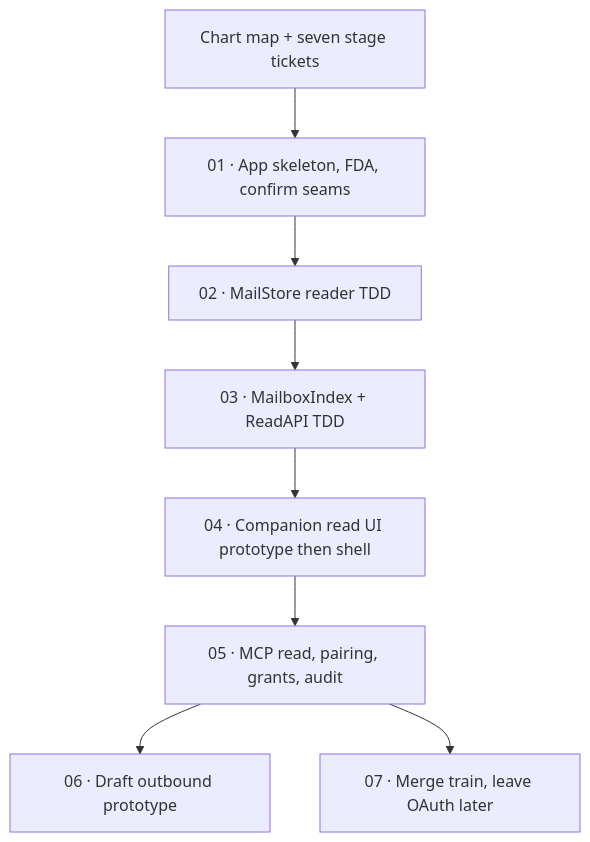
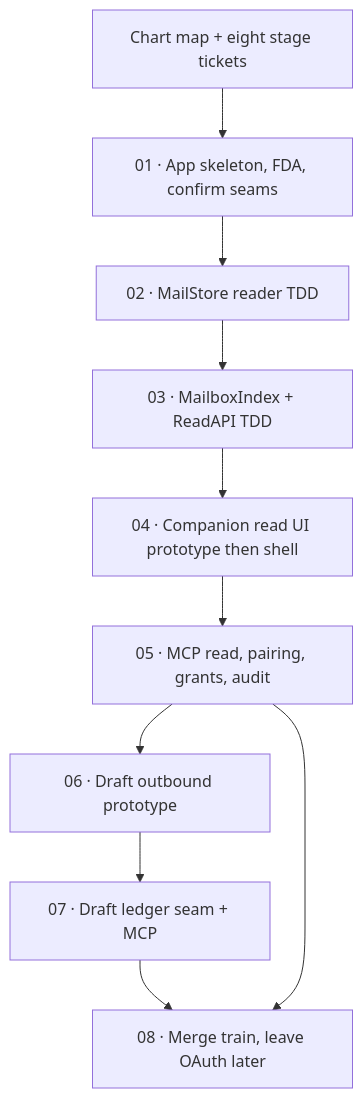
Before and after one commit to marotron/MailGent: the diagram in .scratch/mailgent-local-read-impl/map.md, drawn with Mermaid. The commit also changed other lines of this file and 11 other files, not shown here.

Commit message:
feat: add DraftLedger and MCP draft tools for local-read ticket 07

````diff
--- a/.scratch/mailgent-local-read-impl/map.md
+++ b/.scratch/mailgent-local-read-impl/map.md
@@ -56,18 +61,21 @@
 ```mermaid
 flowchart TD
-  chart["Chart map + seven stage tickets"]
+  chart["Chart map + eight stage tickets"]
   skeleton["01 · App skeleton, FDA, confirm seams"]
   store["02 · MailStore reader TDD"]
   index["03 · MailboxIndex + ReadAPI TDD"]
   ui["04 · Companion read UI prototype then shell"]
   mcp["05 · MCP read, pairing, grants, audit"]
   drafts["06 · Draft outbound prototype"]
-  merge["07 · Merge train, leave OAuth later"]
+  ledger["07 · Draft ledger seam + MCP"]
+  merge["08 · Merge train, leave OAuth later"]
   chart --> skeleton
   skeleton --> store
   store --> index
   index --> ui
   ui --> mcp
   mcp --> drafts
+  drafts --> ledger
+  ledger --> merge
   mcp --> merge
 ```
````
